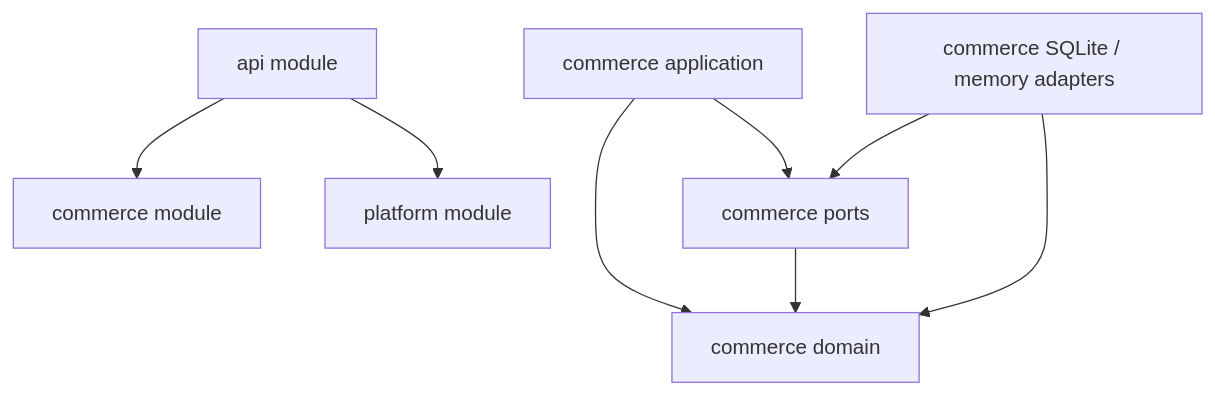
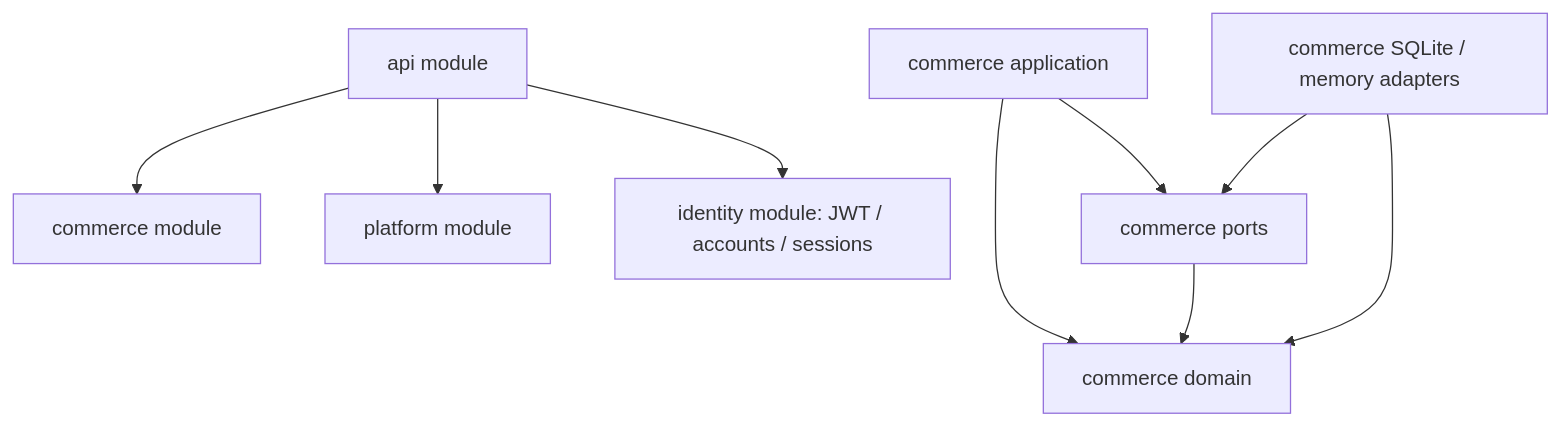
The first of 2 diagrams in docs/architecture.md (aqutw/Golang-with-Gin-ecommerce-API-starter-202610), drawn with Mermaid before and after one commit. The commit also changed 3 other files, not shown here.

````diff
--- a/docs/architecture.md
+++ b/docs/architecture.md
@@ -29,10 +29,11 @@
 ```mermaid
 flowchart TB
     API[api module] --> COM[commerce module]
     API --> PF[platform module]
+    API --> ID[identity module: JWT / accounts / sessions]
     A[commerce application] --> D[commerce domain]
     A --> P[commerce ports]
     M[commerce SQLite / memory adapters] --> P
     M --> D
     P --> D
 ```
````
